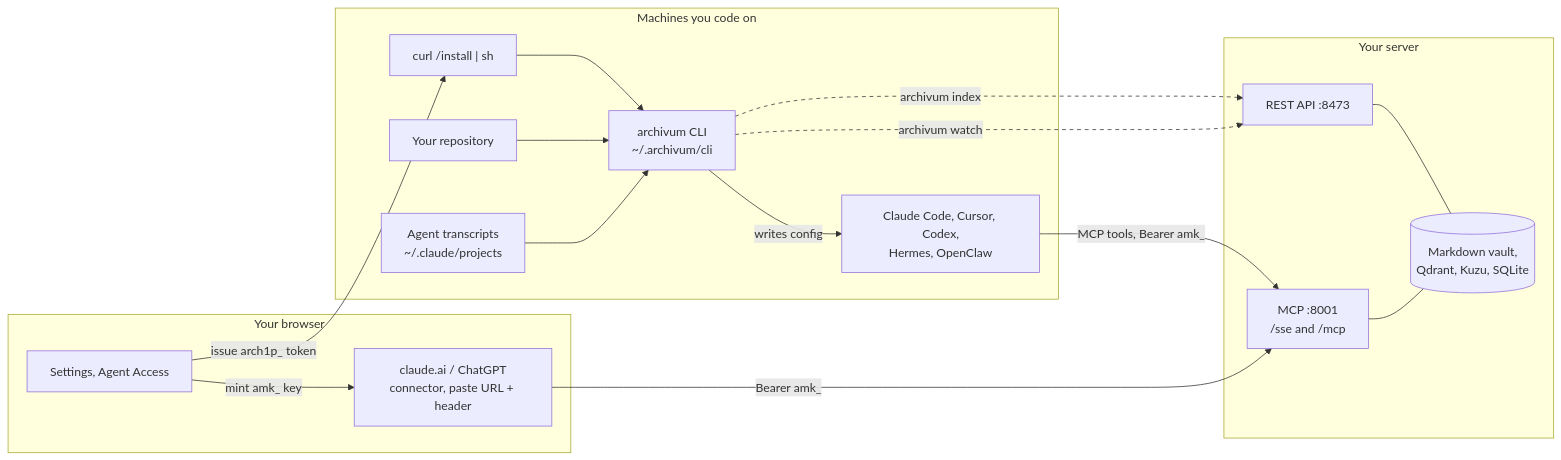
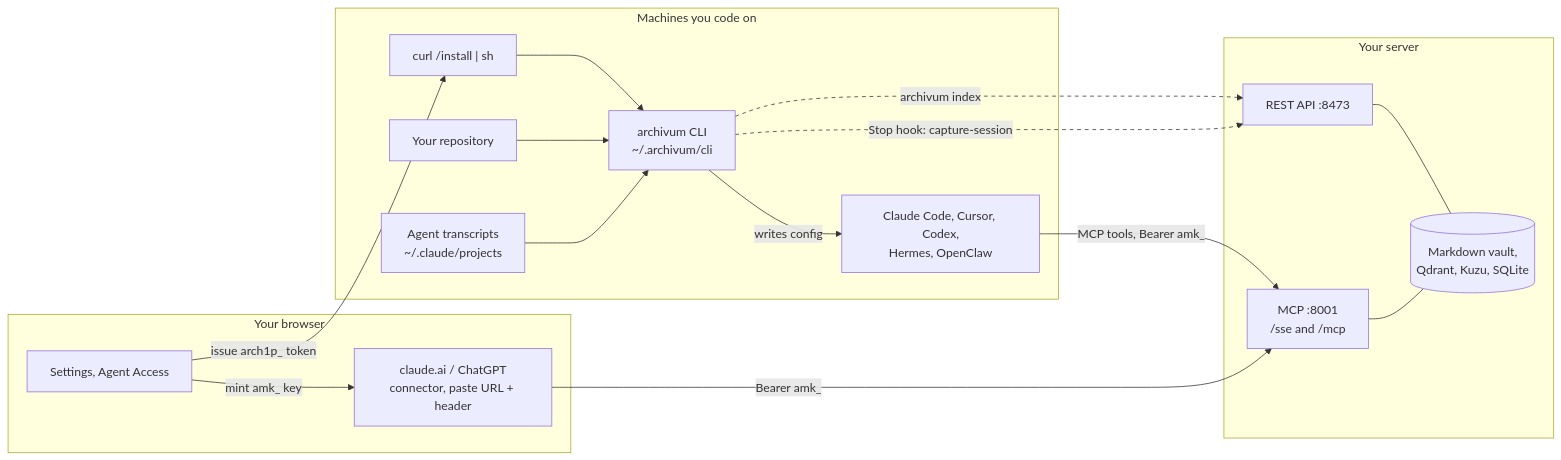
One commit to perceo-ai/archivum changed the first of 7 diagrams in docs/architecture/agent-setup-ux.md. Above: the diagram before and after it, drawn with Mermaid. The commit also changed other lines of this file and 48 other files, not shown here.

````diff
--- a/docs/architecture/agent-setup-ux.md
+++ b/docs/architecture/agent-setup-ux.md
@@ -16,36 +16,36 @@
 ```mermaid
 flowchart LR
     subgraph browser["Your browser"]
         settings["Settings, Agent Access"]
         webc["claude.ai / ChatGPT<br/>connector, paste URL + header"]
     end
 
     subgraph machines["Machines you code on"]
         install["curl /install | sh"]
         cli["archivum CLI<br/>~/.archivum/cli"]
         agents["Claude Code, Cursor, Codex,<br/>Hermes, OpenClaw"]
         repo["Your repository"]
         transcripts["Agent transcripts<br/>~/.claude/projects"]
     end
 
     subgraph server["Your server"]
         api["REST API :8473"]
         mcp["MCP :8001<br/>/sse and /mcp"]
         vault[("Markdown vault,<br/>Qdrant, Kuzu, SQLite")]
     end
 
     settings -->|"issue arch1p_ token"| install
     settings -->|"mint amk_ key"| webc
     install --> cli
     cli -->|"writes config"| agents
     cli -->|"archivum index"| api
-    cli -->|"archivum watch"| api
+    cli -->|"Stop hook: capture-session"| api
     repo --> cli
     transcripts --> cli
     agents -->|"MCP tools, Bearer amk_"| mcp
     webc -->|"Bearer amk_"| mcp
     api --- vault
     mcp --- vault
 
     linkStyle 4,5 stroke-dasharray: 5 5
 ```
````
